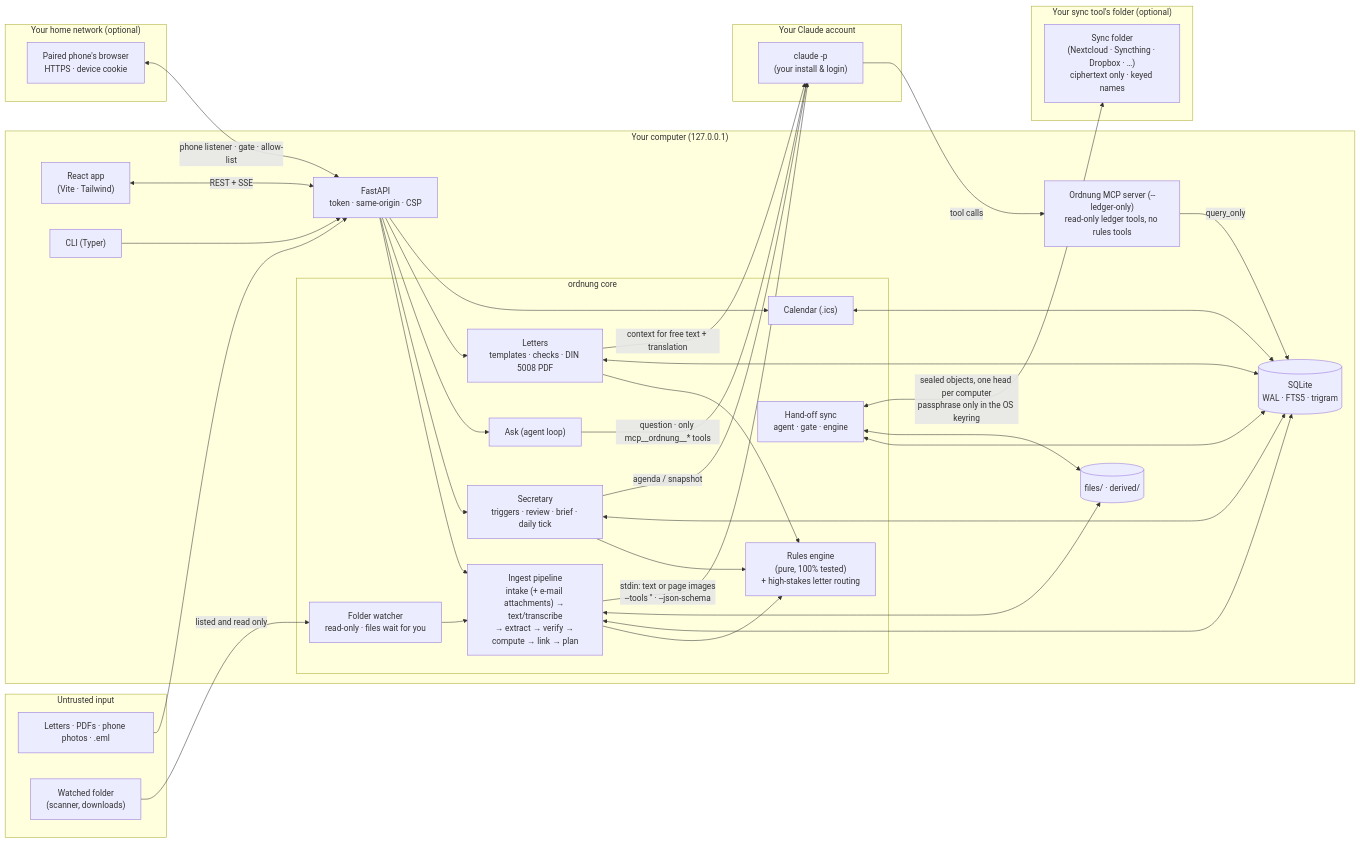
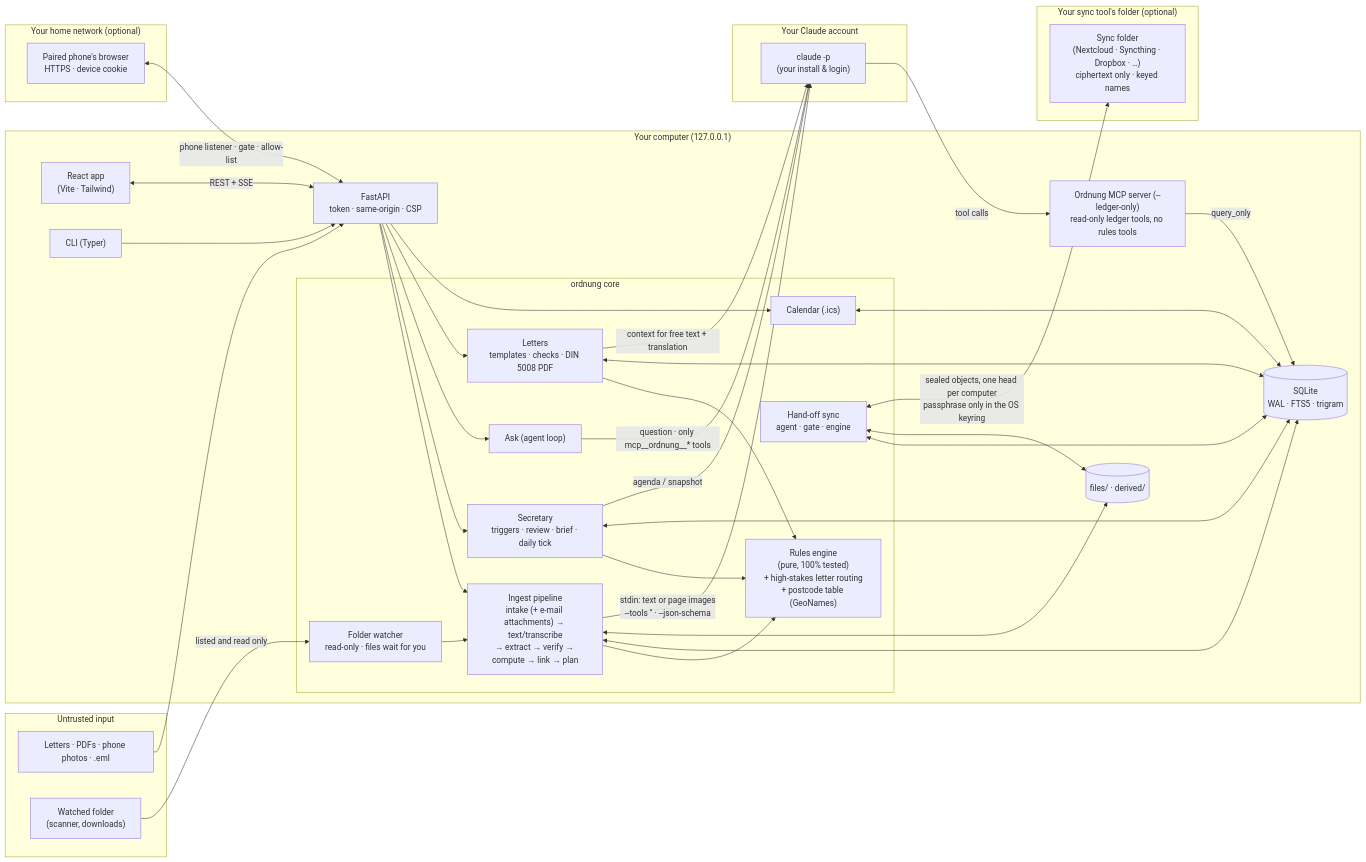
The first of 9 diagrams in docs/architecture.md (ahmedEid1/ordnung), drawn with Mermaid before and after one commit. The commit also changed other lines of this file and 7 other files, not shown here.

````diff
--- a/docs/architecture.md
+++ b/docs/architecture.md
@@ -12,59 +12,59 @@
 ```mermaid
 flowchart LR
   subgraph untrusted["Untrusted input"]
     L["Letters · PDFs · phone photos · .eml"]
     WF["Watched folder<br/>(scanner, downloads)"]
   end
 
   subgraph local["Your computer (127.0.0.1)"]
     UI["React app<br/>(Vite · Tailwind)"]
     CLI["CLI (Typer)"]
     API["FastAPI<br/>token · same-origin · CSP"]
     subgraph core["ordnung core"]
       FW["Folder watcher<br/>read-only · files wait for you"]
       ING["Ingest pipeline<br/>intake (+ e-mail attachments) → text/transcribe<br/>→ extract → verify → compute → link → plan"]
-      RUL["Rules engine<br/>(pure, 100% tested)<br/>+ high-stakes letter routing"]
+      RUL["Rules engine<br/>(pure, 100% tested)<br/>+ high-stakes letter routing<br/>+ postcode table (GeoNames)"]
       SEC["Secretary<br/>triggers · review · brief · daily tick"]
       ASK["Ask (agent loop)"]
       DRF["Letters<br/>templates · checks · DIN 5008 PDF"]
       ICS["Calendar (.ics)"]
       SYN["Hand-off sync<br/>agent · gate · engine"]
     end
     DB[("SQLite<br/>WAL · FTS5 · trigram")]
     FS[("files/ · derived/")]
     MCP["Ordnung MCP server (--ledger-only)<br/>read-only ledger tools, no rules tools"]
   end
 
   subgraph account["Your Claude account"]
     CC["claude -p<br/>(your install & login)"]
   end
 
   subgraph home["Your home network (optional)"]
     PH["Paired phone's browser<br/>HTTPS · device cookie"]
   end
 
   subgraph synced["Your sync tool's folder (optional)"]
     SF["Sync folder<br/>(Nextcloud · Syncthing · Dropbox · …)<br/>ciphertext only · keyed names"]
   end
 
   L --> API
   WF -->|"listed and read only"| FW
   FW --> ING
   UI <-->|REST + SSE| API
   PH <-->|"phone listener · gate · allow-list"| API
   CLI --> API
   API --> ING & SEC & ASK & DRF & ICS
   ING --> RUL
   SEC --> RUL
   DRF --> RUL
   ING & SEC & DRF & ICS <--> DB
   ING <--> FS
   ING -->|"stdin: text or page images<br/>--tools '' · --json-schema"| CC
   SEC -->|"agenda / snapshot"| CC
   DRF -->|"context for free text + translation"| CC
   ASK -->|"question · only mcp__ordnung__* tools"| CC
   CC -->|tool calls| MCP
   MCP -->|"query_only"| DB
   SYN <--> DB & FS
   SYN <-->|"sealed objects, one head per computer<br/>passphrase only in the OS keyring"| SF
 ```
````
